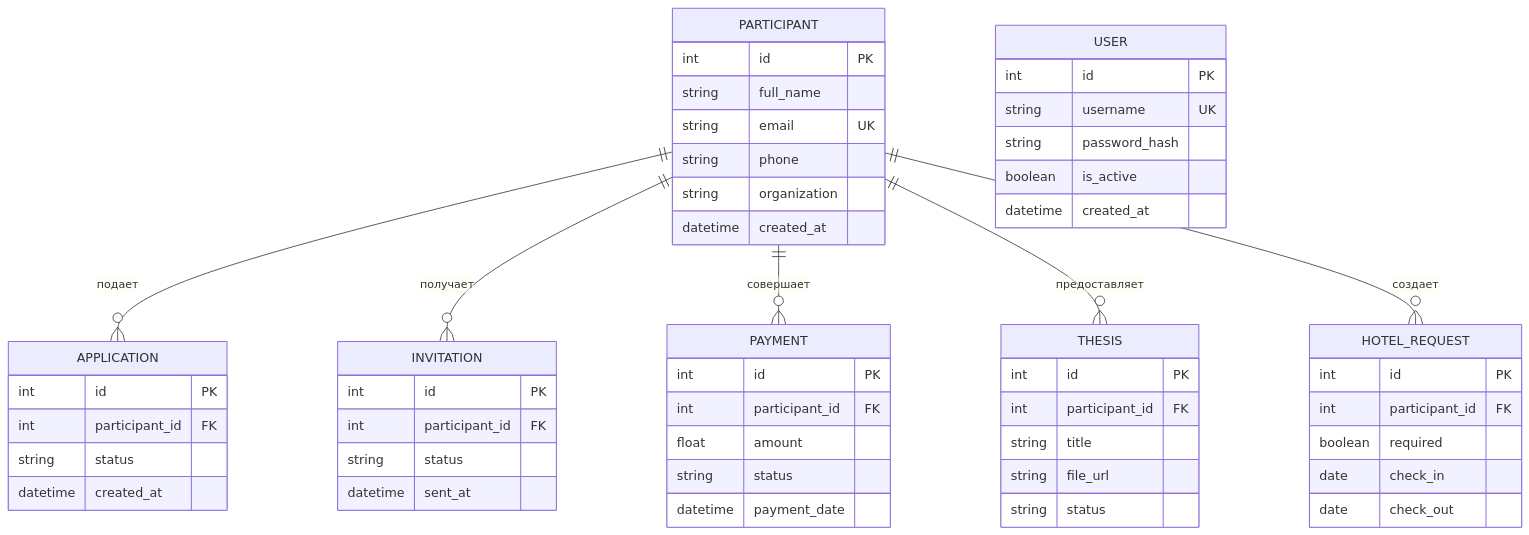
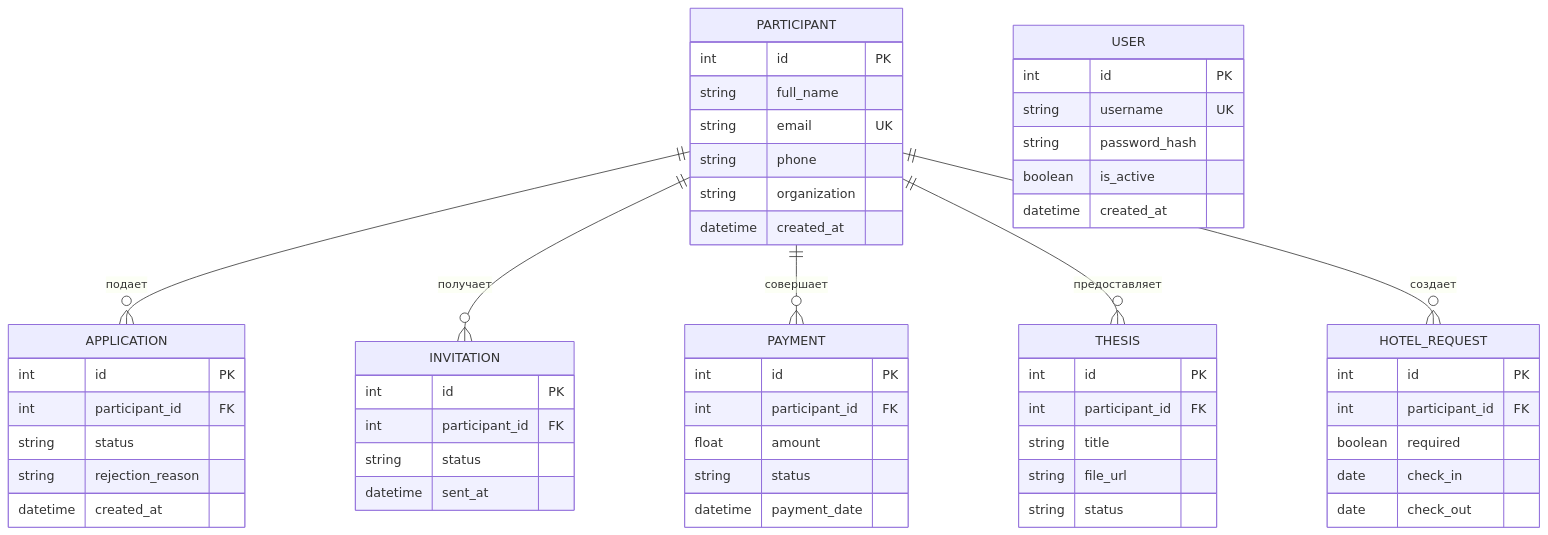
Before and after one commit to Ekaterinakokonina200/conference_DevOps: the diagram in docs/data-schema.md, drawn with Mermaid. The commit also changed other lines of this file and 4 other files, not shown here.

Commit message:
docs: describe application rejection reason

````diff
--- a/docs/data-schema.md
+++ b/docs/data-schema.md
@@ -22,63 +22,64 @@
 ```mermaid
 erDiagram
     PARTICIPANT ||--o{ APPLICATION : "подает"
     PARTICIPANT ||--o{ INVITATION : "получает"
     PARTICIPANT ||--o{ PAYMENT : "совершает"
     PARTICIPANT ||--o{ THESIS : "предоставляет"
     PARTICIPANT ||--o{ HOTEL_REQUEST : "создает"
 
     USER {
         int id PK
         string username UK
         string password_hash
         boolean is_active
         datetime created_at
     }
 
     PARTICIPANT {
         int id PK
         string full_name
         string email UK
         string phone
         string organization
         datetime created_at
     }
 
     APPLICATION {
         int id PK
         int participant_id FK
         string status
+        string rejection_reason
         datetime created_at
     }
 
     INVITATION {
         int id PK
         int participant_id FK
         string status
         datetime sent_at
     }
 
     PAYMENT {
         int id PK
         int participant_id FK
         float amount
         string status
         datetime payment_date
     }
 
     THESIS {
         int id PK
         int participant_id FK
         string title
         string file_url
         string status
     }
 
     HOTEL_REQUEST {
         int id PK
         int participant_id FK
         boolean required
         date check_in
         date check_out
     }
 ```
````
